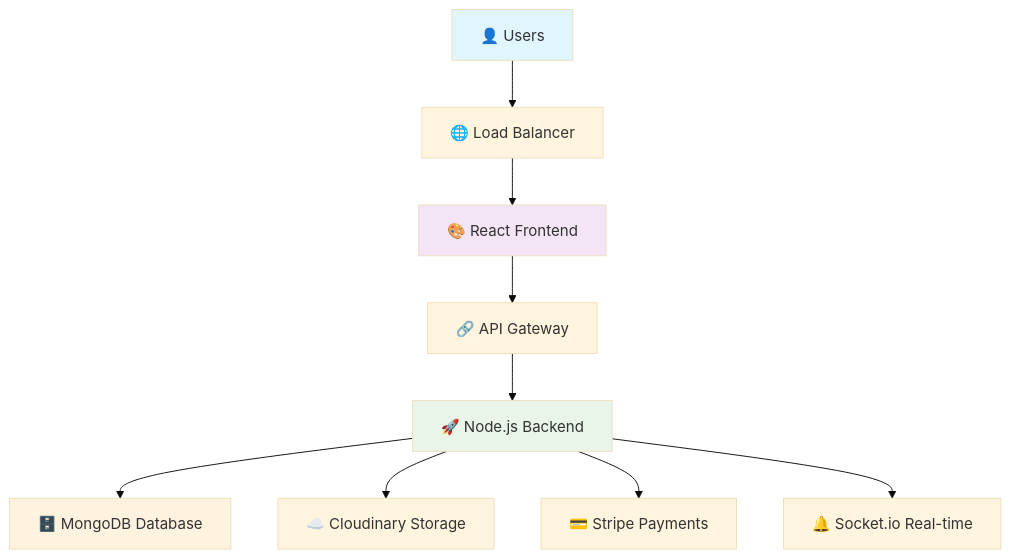
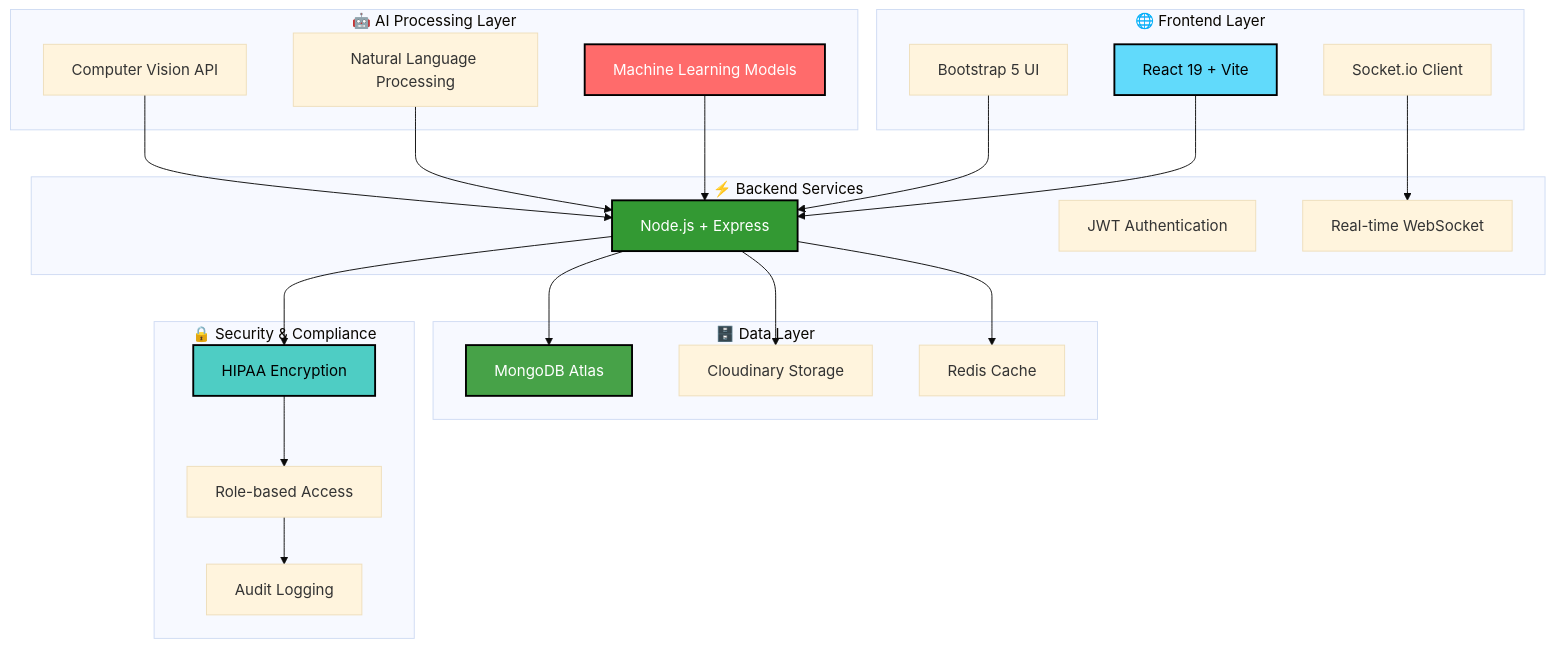
The first of 2 diagrams in README.md (DhanaBalan2001/HMS), drawn with Mermaid (base theme) before and after one commit. The commit also changed other lines of this file, not shown here.

````diff
--- a/README.md
+++ b/README.md
@@ -165,16 +139,51 @@
 ```mermaid
 graph TB
-    A[👤 Users] --> B[🌐 Load Balancer]
-    B --> C[🎨 React Frontend]
-    C --> D[🔗 API Gateway]
-    D --> E[🚀 Node.js Backend]
-    E --> F[🗄️ MongoDB Database]
-    E --> G[☁️ Cloudinary Storage]
-    E --> H[💳 Stripe Payments]
-    E --> I[🔔 Socket.io Real-time]
+    subgraph "🌐 Frontend Layer"
+        A[React 19 + Vite]
+        B[Bootstrap 5 UI]
+        C[Socket.io Client]
+    end
     
-    style A fill:#e1f5fe
-    style C fill:#f3e5f5
-    style E fill:#e8f5e8
-    style F fill:#fff3e0
+    subgraph "🤖 AI Processing Layer"
+        D[Machine Learning Models]
+        E[Natural Language Processing]
+        F[Computer Vision API]
+    end
+    
+    subgraph "⚡ Backend Services"
+        G[Node.js + Express]
+        H[JWT Authentication]
+        I[Real-time WebSocket]
+    end
+    
+    subgraph "🗄️ Data Layer"
+        J[MongoDB Atlas]
+        K[Cloudinary Storage]
+        L[Redis Cache]
+    end
+    
+    subgraph "🔒 Security & Compliance"
+        M[HIPAA Encryption]
+        N[Role-based Access]
+        O[Audit Logging]
+    end
+    
+    A --> G
+    B --> G
+    C --> I
+    D --> G
+    E --> G
+    F --> G
+    G --> J
+    G --> K
+    G --> L
+    G --> M
+    M --> N
+    N --> O
+    
+    style A fill:#61DAFB,stroke:#000,stroke-width:2px,color:#000
+    style D fill:#FF6B6B,stroke:#000,stroke-width:2px,color:#fff
+    style G fill:#339933,stroke:#000,stroke-width:2px,color:#fff
+    style J fill:#47A248,stroke:#000,stroke-width:2px,color:#fff
+    style M fill:#4ECDC4,stroke:#000,stroke-width:2px,color:#000
 ```
````
